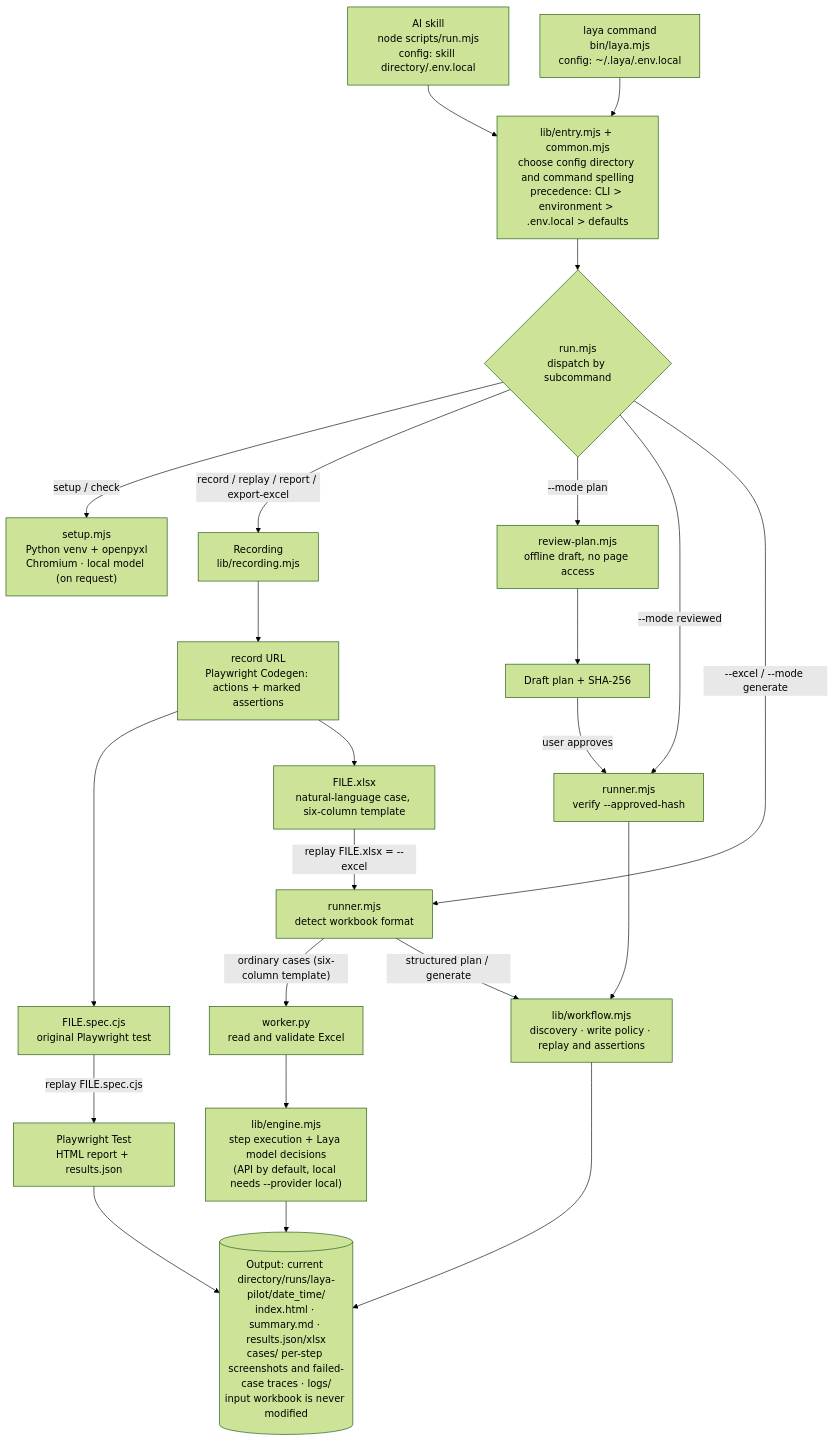
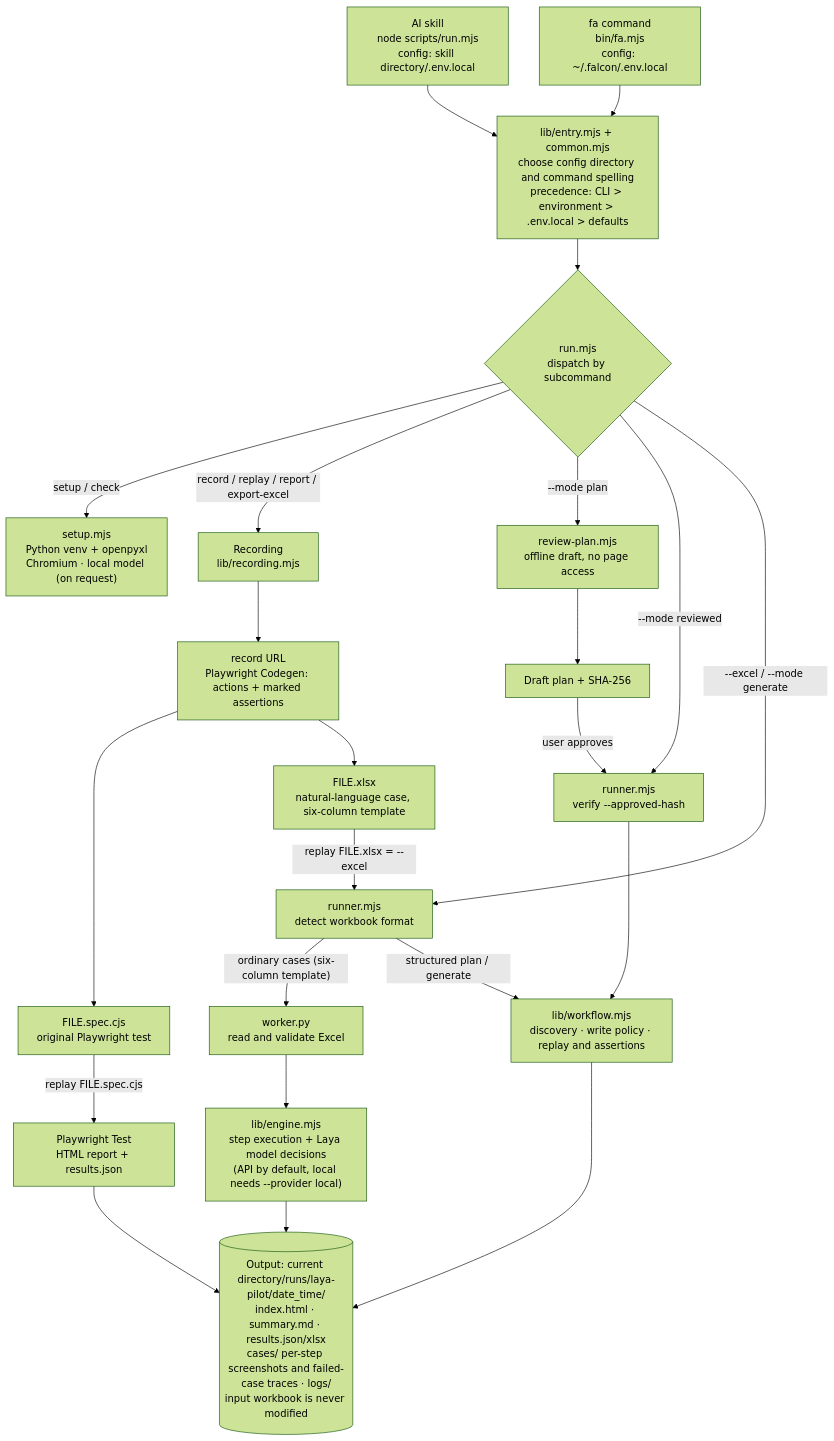
The diagram in docs/workflow.en.md (anthonyli/laya-pilot), drawn with Mermaid (forest theme) before and after one commit. The commit also changed other lines of this file and 26 other files, not shown here.

Commit message:
feat(cli)!: 将命令改为 fa 并使用 ~/.falcon（v0.2.4）

````diff
--- a/docs/workflow.en.md
+++ b/docs/workflow.en.md
@@ -7,34 +7,34 @@
 ```mermaid
 flowchart TD
     skill["AI skill<br/>node scripts/run.mjs<br/>config: skill directory/.env.local"]
-    cli["laya command<br/>bin/laya.mjs<br/>config: ~/.laya/.env.local"]
+    cli["fa command<br/>bin/fa.mjs<br/>config: ~/.falcon/.env.local"]
     skill --> entry
     cli --> entry
     entry["lib/entry.mjs + common.mjs<br/>choose config directory and command spelling<br/>precedence: CLI > environment > .env.local > defaults"]
     entry --> dispatch{"run.mjs<br/>dispatch by subcommand"}
 
     dispatch -->|"setup / check"| setup["setup.mjs<br/>Python venv + openpyxl<br/>Chromium · local model (on request)"]
     dispatch -->|"record / replay / report / export-excel"| rec["Recording<br/>lib/recording.mjs"]
     dispatch -->|"--mode plan"| plan["review-plan.mjs<br/>offline draft, no page access"]
     dispatch -->|"--mode reviewed"| reviewed["runner.mjs<br/>verify --approved-hash"]
     dispatch -->|"--excel / --mode generate"| runner["runner.mjs<br/>detect workbook format"]
 
     plan --> draft["Draft plan + SHA-256"]
     draft -->|"user approves"| reviewed
     reviewed --> workflow
 
     runner -->|"ordinary cases (six-column template)"| worker["worker.py<br/>read and validate Excel"]
     runner -->|"structured plan / generate"| workflow["lib/workflow.mjs<br/>discovery · write policy · replay and assertions"]
     worker --> engine["lib/engine.mjs<br/>step execution + Laya model decisions<br/>(API by default, local needs --provider local)"]
 
     rec --> codegen["record URL<br/>Playwright Codegen: actions + marked assertions"]
     codegen --> spec["FILE.spec.cjs<br/>original Playwright test"]
     codegen --> xlsx["FILE.xlsx<br/>natural-language case, six-column template"]
     xlsx -->|"replay FILE.xlsx = --excel"| runner
     spec -->|"replay FILE.spec.cjs"| pwtest["Playwright Test<br/>HTML report + results.json"]
 
     engine --> out
     workflow --> out
     pwtest --> out
     out[("Output: current directory/runs/laya-pilot/date_time/<br/>index.html · summary.md · results.json/xlsx<br/>cases/ per-step screenshots and failed-case traces · logs/<br/>input workbook is never modified")]
 ```
````
